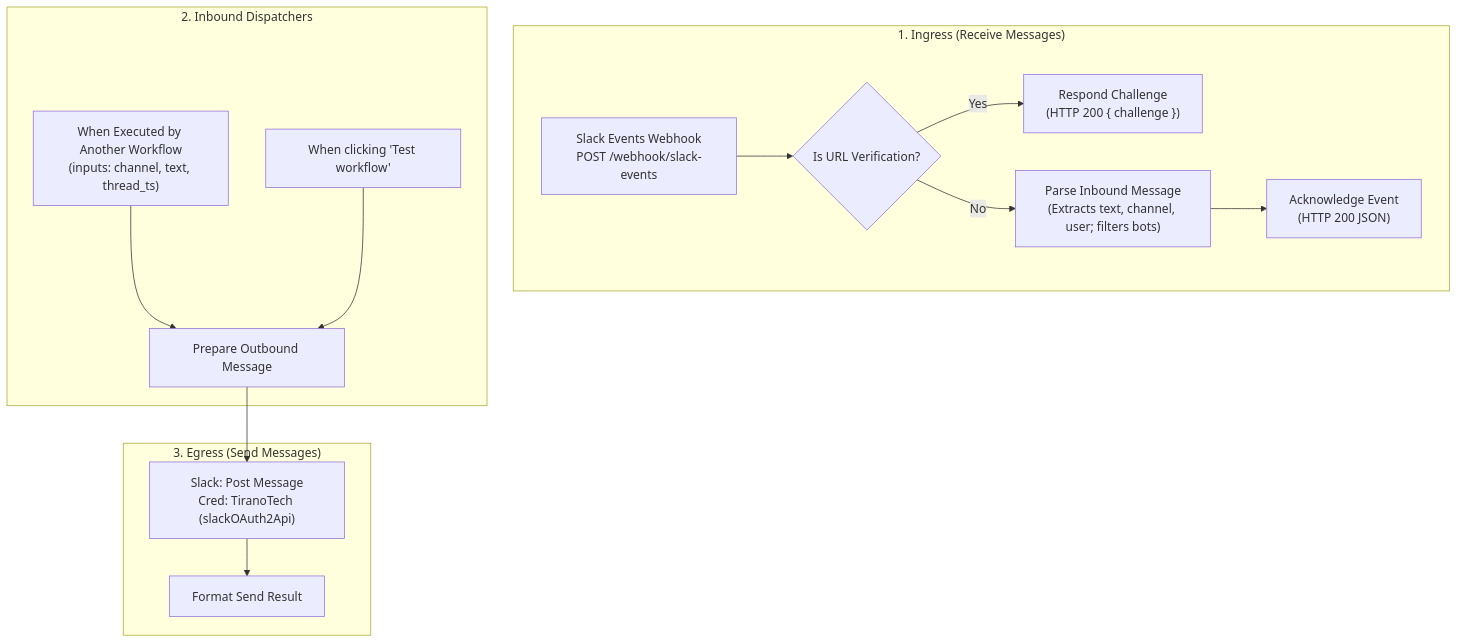
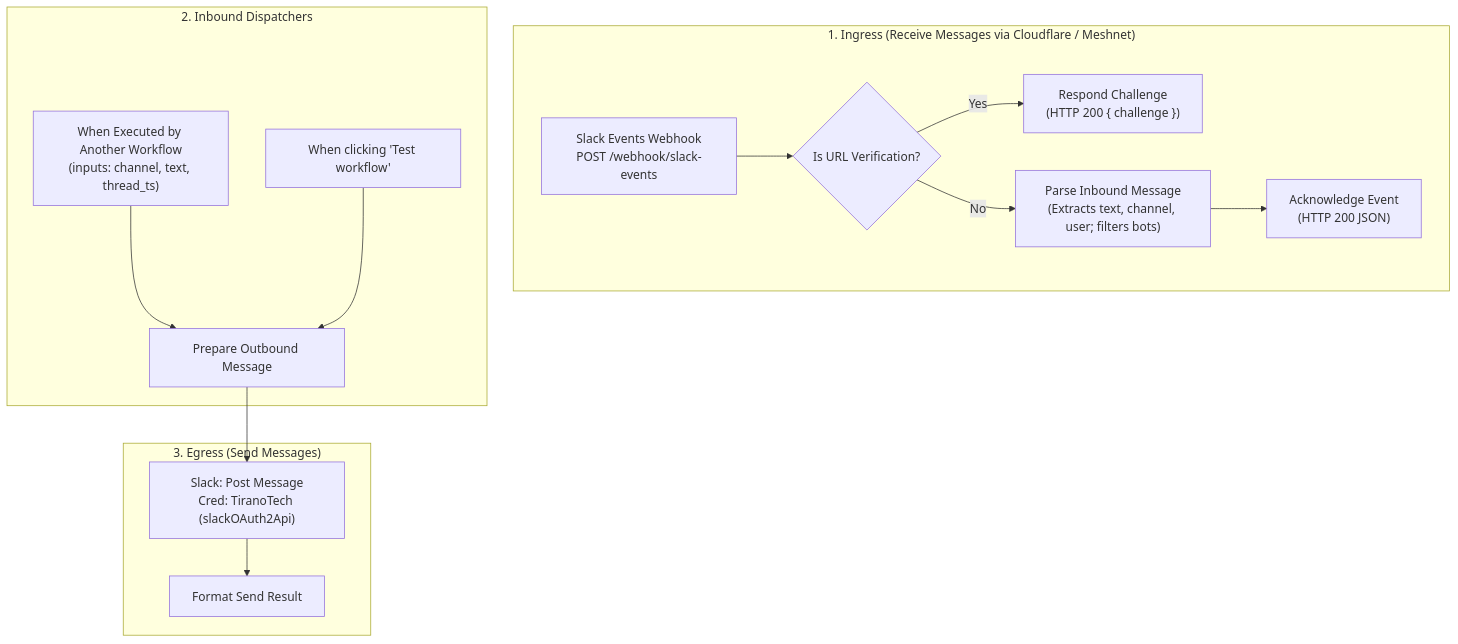
Before and after one commit to victor-jaimes-puente/Local-N8n: the diagram in workflows/slack/README.md, drawn with Mermaid. The commit also changed other lines of this file and 6 other files, not shown here.

````diff
--- a/workflows/slack/README.md
+++ b/workflows/slack/README.md
@@ -23,19 +24,19 @@
 ```mermaid
 graph TD
-    subgraph Ingress["1. Ingress (Receive Messages)"]
+    subgraph Ingress["1. Ingress (Receive Messages via Cloudflare / Meshnet)"]
         Webhook["Slack Events Webhook<br/>POST /webhook/slack-events"] --> ChallengeCheck{"Is URL Verification?"}
         ChallengeCheck -- Yes --> RespondChallenge["Respond Challenge<br/>(HTTP 200 { challenge })"]
         ChallengeCheck -- No --> ParseMsg["Parse Inbound Message<br/>(Extracts text, channel, user; filters bots)"]
         ParseMsg --> AckEvent["Acknowledge Event<br/>(HTTP 200 JSON)"]
     end
 
     subgraph SubWorkflowAndTesting["2. Inbound Dispatchers"]
         SubWfTrig["When Executed by Another Workflow<br/>(inputs: channel, text, thread_ts)"] --> PrepMsg["Prepare Outbound Message"]
         ManualTrig["When clicking 'Test workflow'"] --> PrepMsg
     end
 
     subgraph Egress["3. Egress (Send Messages)"]
         PrepMsg --> SlackPost["Slack: Post Message<br/>Cred: TiranoTech (slackOAuth2Api)"]
         SlackPost --> FormatResult["Format Send Result"]
     end
 ```
````
